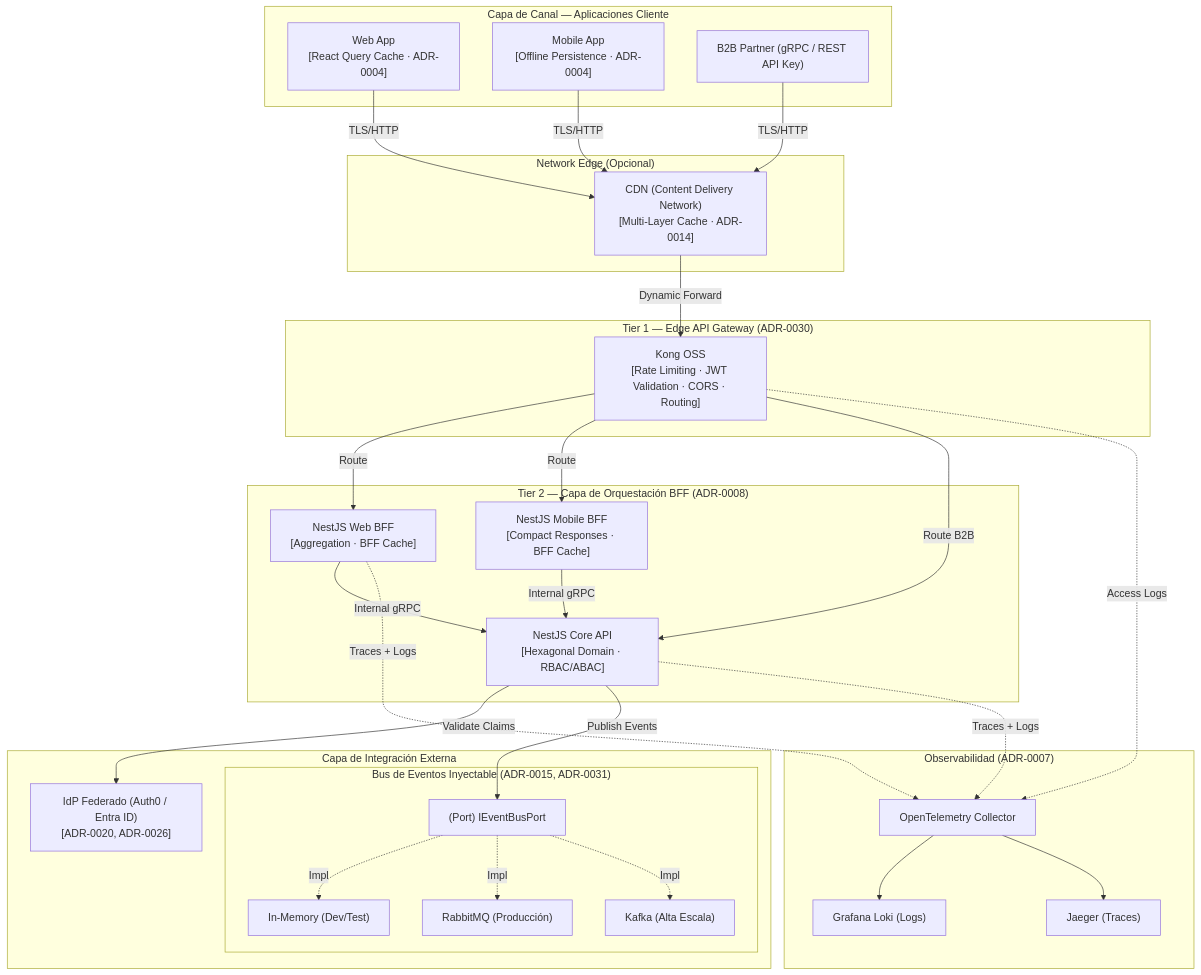
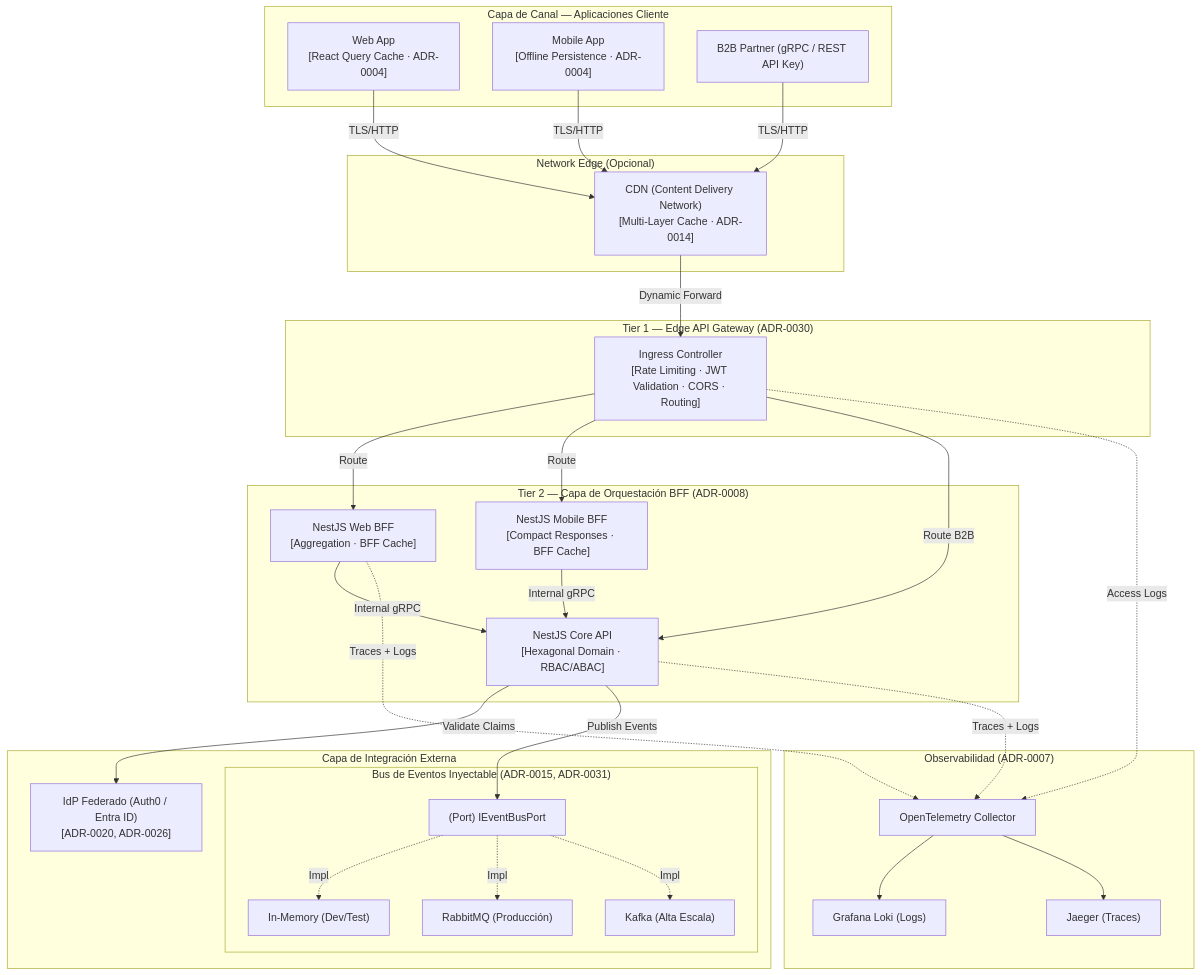
The first of 2 diagrams in estandar/reference/architecture/blueprints/blueprint-referencia.es.md (unimar-peru/unimar-arch-vendors), drawn with Mermaid before and after one commit. The commit also changed other lines of this file and 27 other files, not shown here.

Commit message:
docs: replace Kong with Ingress across architecture docs and ADRs

````diff
--- a/estandar/reference/architecture/blueprints/blueprint-referencia.es.md
+++ b/estandar/reference/architecture/blueprints/blueprint-referencia.es.md
@@ -90,63 +90,63 @@
 ```mermaid
 graph TD
  subgraph Clients["Capa de Canal — Aplicaciones Cliente"]
  WebApp["Web App\n[React Query Cache · ADR-0004]"]
  MobileApp["Mobile App\n[Offline Persistence · ADR-0004]"]
  B2B["B2B Partner (gRPC / REST API Key)"]
  end
 
  subgraph NetEdge["Network Edge (Opcional)"]
  CDN["CDN (Content Delivery Network)\n[Multi-Layer Cache · ADR-0014]"]
  end
 
  subgraph Tier1["Tier 1 — Edge API Gateway (ADR-0030)"]
- Kong["Kong OSS\n[Rate Limiting · JWT Validation · CORS · Routing]"]
+ Ingress["Ingress Controller\n[Rate Limiting · JWT Validation · CORS · Routing]"]
  end
 
  subgraph Tier2["Tier 2 — Capa de Orquestación BFF (ADR-0008)"]
  WebBFF["NestJS Web BFF\n[Aggregation · BFF Cache]"]
  MobileBFF["NestJS Mobile BFF\n[Compact Responses · BFF Cache]"]
  CoreAPI["NestJS Core API\n[Hexagonal Domain · RBAC/ABAC]"]
  end
 
  subgraph ExternalIntegrations["Capa de Integración Externa"]
  IdP["IdP Federado (Auth0 / Entra ID)\n[ADR-0020, ADR-0026]"]
 
  subgraph EventBusAbstraction["Bus de Eventos Inyectable (ADR-0015, ADR-0031)"]
  IBusPort["(Port) IEventBusPort"]
  InMemory["In-Memory (Dev/Test)"]
  RabbitMQ["RabbitMQ (Producción)"]
  Kafka["Kafka (Alta Escala)"]
  IBusPort -.->|Impl| InMemory
  IBusPort -.->|Impl| RabbitMQ
  IBusPort -.->|Impl| Kafka
  end
  end
 
  subgraph ObsLayer["Observabilidad (ADR-0007)"]
  OTel["OpenTelemetry Collector"]
  Loki["Grafana Loki (Logs)"]
  Jaeger["Jaeger (Traces)"]
  OTel --> Loki
  OTel --> Jaeger
  end
 
  WebApp --> |TLS/HTTP| CDN
  MobileApp --> |TLS/HTTP| CDN
  B2B --> |TLS/HTTP| CDN
- CDN -->|Dynamic Forward| Kong
+ CDN -->|Dynamic Forward| Ingress
 
- Kong -->|Route| WebBFF
- Kong -->|Route| MobileBFF
- Kong -->|Route B2B| CoreAPI
+ Ingress -->|Route| WebBFF
+ Ingress -->|Route| MobileBFF
+ Ingress -->|Route B2B| CoreAPI
 
  WebBFF -->|Internal gRPC| CoreAPI
  MobileBFF -->|Internal gRPC| CoreAPI
 
  CoreAPI -->|Validate Claims| IdP
  CoreAPI -->|Publish Events| IBusPort
 
  CoreAPI -.->|Traces + Logs| OTel
  WebBFF -.->|Traces + Logs| OTel
- Kong -.->|Access Logs| OTel
+ Ingress -.->|Access Logs| OTel
 ```
````
